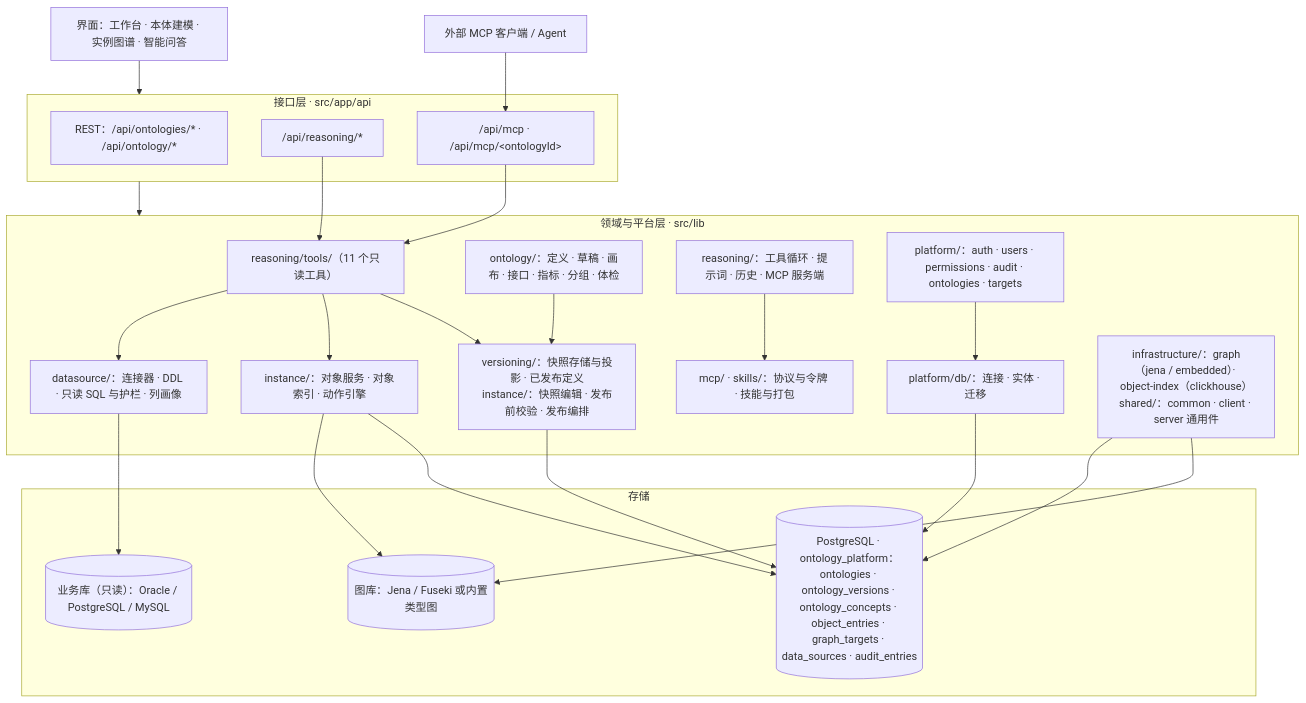
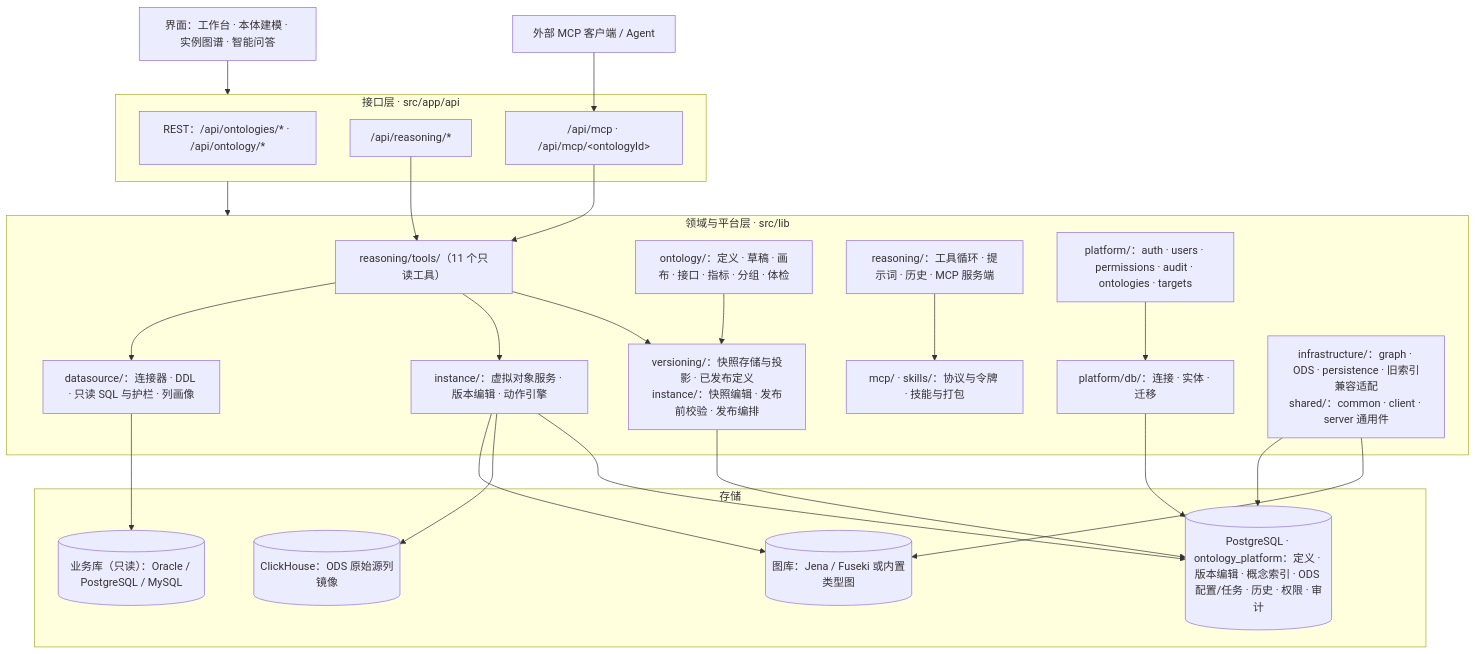
The second of 2 diagrams in README.md (shell-nlp/ontology_management), drawn with Mermaid before and after one commit. The commit also changed other lines of this file and 36 other files, not shown here.

````diff
--- a/README.md
+++ b/README.md
@@ -795,49 +796,51 @@
 ```mermaid
 flowchart TB
   UI["界面：工作台 · 本体建模 · 实例图谱 · 智能问答"]
   EXT["外部 MCP 客户端 / Agent"]
 
   subgraph L_API["接口层 · src/app/api"]
     REST["REST：/api/ontologies/* · /api/ontology/*"]
     RUN["/api/reasoning/*"]
     MCPE["/api/mcp · /api/mcp/&lt;ontologyId&gt;"]
   end
 
   subgraph L_DOMAIN["领域与平台层 · src/lib"]
     TOOLS["reasoning/tools/（11 个只读工具）"]
     ONTO["ontology/：定义 · 草稿 · 画布 · 接口 · 指标 · 分组 · 体检"]
     VER["versioning/：快照存储与投影 · 已发布定义<br/>instance/：快照编辑 · 发布前校验 · 发布编排"]
-    INST["instance/：对象服务 · 对象索引 · 动作引擎"]
+    INST["instance/：虚拟对象服务 · 版本编辑 · 动作引擎"]
     DS["datasource/：连接器 · DDL · 只读 SQL 与护栏 · 列画像"]
     REA["reasoning/：工具循环 · 提示词 · 历史 · MCP 服务端"]
     MS["mcp/ · skills/：协议与令牌 · 技能与打包"]
     PLAT["platform/：auth · users · permissions · audit · ontologies · targets"]
     DBM["platform/db/：连接 · 实体 · 迁移"]
-    INFRA["infrastructure/：graph（jena / embedded）· object-index（clickhouse）<br/>shared/：common · client · server 通用件"]
+    INFRA["infrastructure/：graph · ODS · persistence · 旧索引兼容适配<br/>shared/：common · client · server 通用件"]
   end
 
   subgraph L_STORE["存储"]
-    PG[("PostgreSQL · ontology_platform：ontologies · ontology_versions · ontology_concepts · object_entries · graph_targets · data_sources · audit_entries")]
+    PG[("PostgreSQL · ontology_platform：定义 · 版本编辑 · 概念索引 · ODS 配置/任务 · 历史 · 权限 · 审计")]
+    ODS[("ClickHouse：ODS 原始源列镜像")]
     GRAPH[("图库：Jena / Fuseki 或内置类型图")]
     BIZ[("业务库（只读）：Oracle / PostgreSQL / MySQL")]
   end
 
   UI --> L_API
   EXT --> MCPE
   L_API --> L_DOMAIN
   RUN --> TOOLS
   MCPE --> TOOLS
   TOOLS --> VER
   TOOLS --> INST
   TOOLS --> DS
   ONTO --> VER
   VER --> PG
   INST --> PG
+  INST --> ODS
   INST --> GRAPH
   DS --> BIZ
   PLAT --> DBM
   DBM --> PG
   INFRA --> GRAPH
   INFRA --> PG
   REA --> MS
 ```
````
